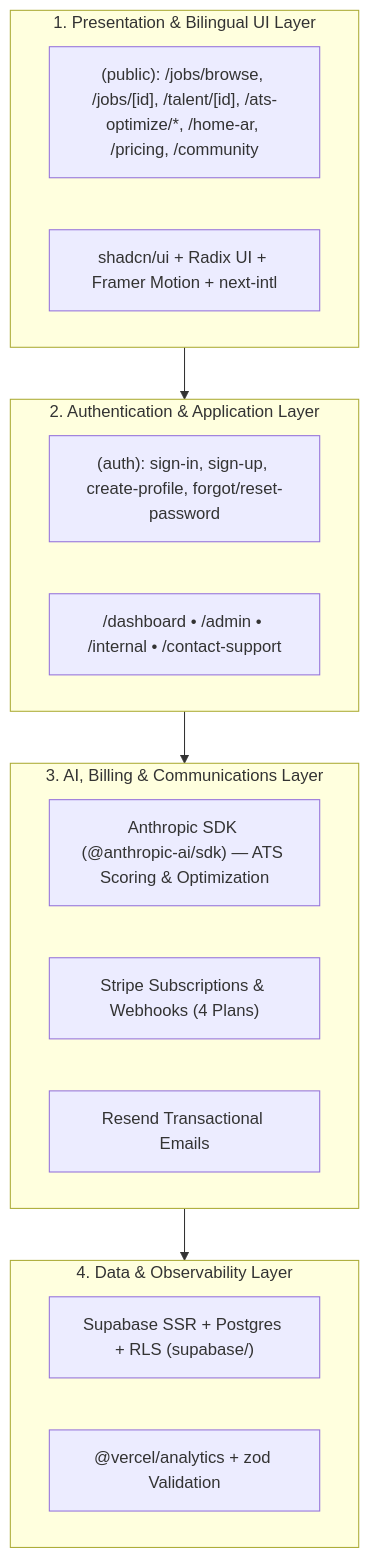
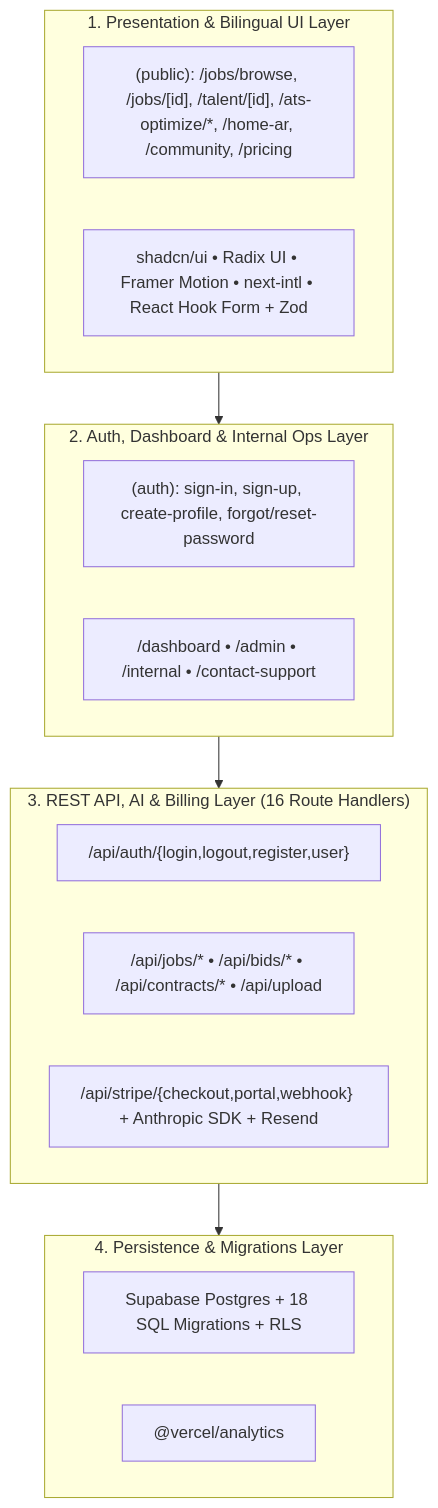
One commit to islamsamyy/bidjobsup changed the first of 2 diagrams in README.md. Above: the diagram before and after it, drawn with Mermaid. The commit also changed other lines of this file, not shown here.

Commit message:
docs: add ultra-detailed architecture, schemas, visual showcase, APIs, and business ROI

````diff
--- a/README.md
+++ b/README.md
@@ -14,25 +35,25 @@
 ```mermaid
 flowchart TB
     subgraph L1["1. Presentation & Bilingual UI Layer"]
-        Public["(public): /jobs/browse, /jobs/[id], /talent/[id], /ats-optimize/*, /home-ar, /pricing, /community"]
-        UI["shadcn/ui + Radix UI + Framer Motion + next-intl"]
+        Pub["(public): /jobs/browse, /jobs/[id], /talent/[id], /ats-optimize/*, /home-ar, /community, /pricing"]
+        UI["shadcn/ui • Radix UI • Framer Motion • next-intl • React Hook Form + Zod"]
     end
 
-    subgraph L2["2. Authentication & Application Layer"]
+    subgraph L2["2. Auth, Dashboard & Internal Ops Layer"]
         Auth["(auth): sign-in, sign-up, create-profile, forgot/reset-password"]
-        Dash["/dashboard • /admin • /internal • /contact-support"]
+        Ops["/dashboard • /admin • /internal • /contact-support"]
     end
 
-    subgraph L3["3. AI, Billing & Communications Layer"]
-        AI["Anthropic SDK (@anthropic-ai/sdk) — ATS Scoring & Optimization"]
-        Stripe["Stripe Subscriptions & Webhooks (4 Plans)"]
-        Email["Resend Transactional Emails"]
+    subgraph L3["3. REST API, AI & Billing Layer (16 Route Handlers)"]
+        AuthAPI["/api/auth/{login,logout,register,user}"]
+        MarketAPI["/api/jobs/* • /api/bids/* • /api/contracts/* • /api/upload"]
+        PayAPI["/api/stripe/{checkout,portal,webhook} + Anthropic SDK + Resend"]
     end
 
-    subgraph L4["4. Data & Observability Layer"]
-        Supa["Supabase SSR + Postgres + RLS (supabase/)"]
-        Analytics["@vercel/analytics + zod Validation"]
+    subgraph L4["4. Persistence & Migrations Layer"]
+        Supa["Supabase Postgres + 18 SQL Migrations + RLS"]
+        Obs["@vercel/analytics"]
     end
 
     L1 --> L2 --> L3 --> L4
 ```
````
